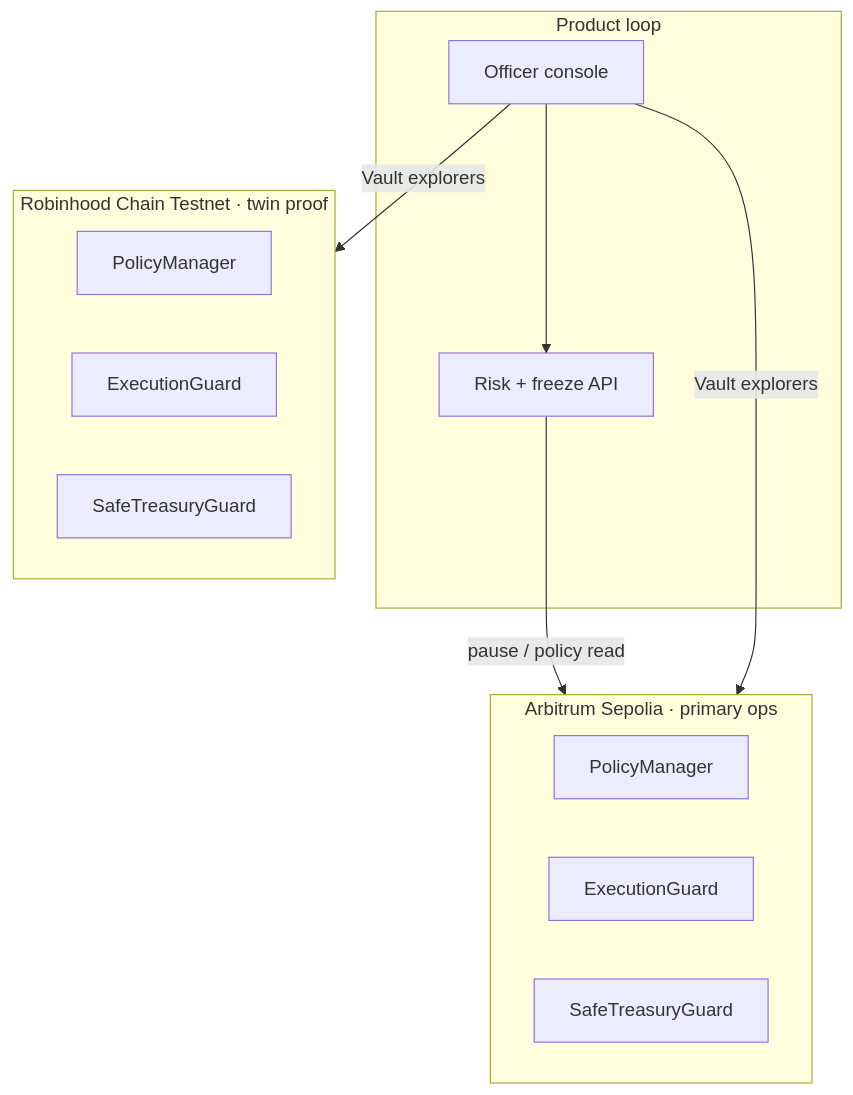
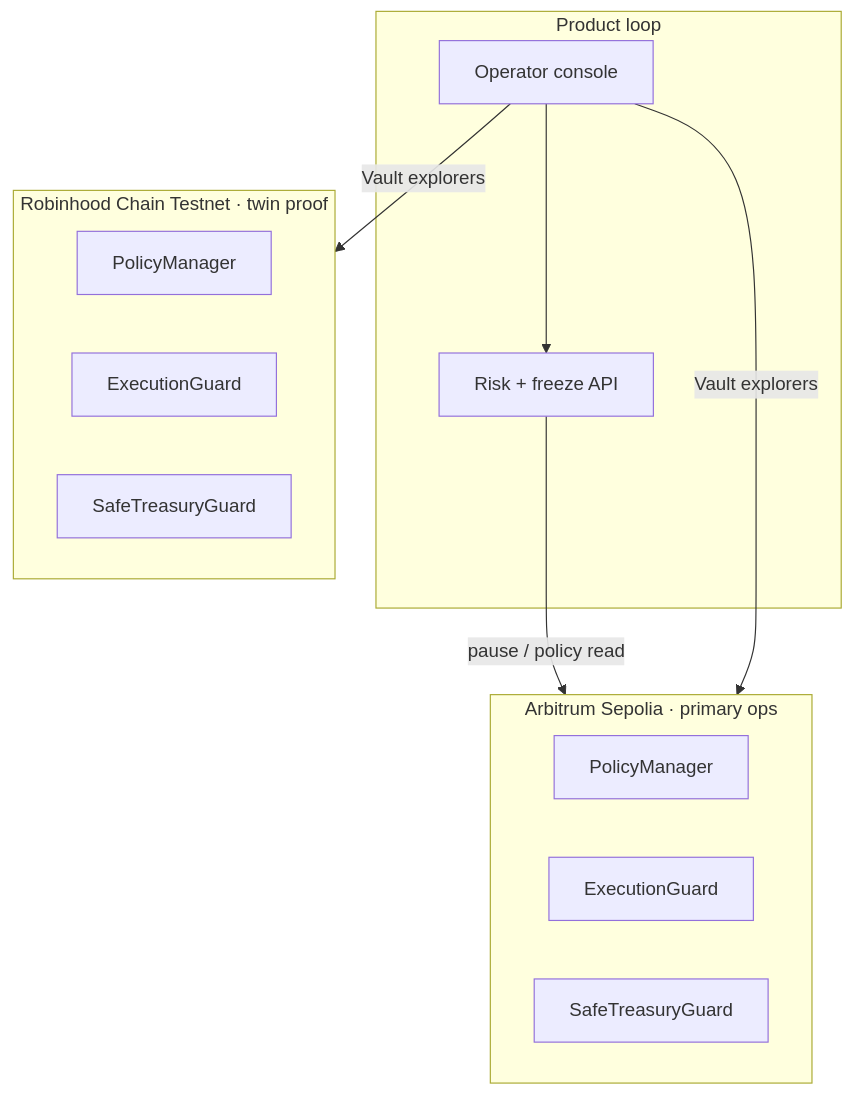
One commit to thesithunyein/arb-guardian changed the sixth of 7 diagrams in docs/architecture.md. Above: the diagram before and after it, drawn with Mermaid. The commit also changed other lines of this file and 12 other files, not shown here.

````diff
--- a/docs/architecture.md
+++ b/docs/architecture.md
@@ -202,24 +202,24 @@
 ```mermaid
 flowchart TB
   subgraph Product["Product loop"]
-    UI[Officer console]
+    UI[Operator console]
     API[Risk + freeze API]
   end
 
   subgraph Arb["Arbitrum Sepolia · primary ops"]
     APM[PolicyManager]
     AEG[ExecutionGuard]
     ASTG[SafeTreasuryGuard]
   end
 
   subgraph RH["Robinhood Chain Testnet · twin proof"]
     RPM[PolicyManager]
     REG[ExecutionGuard]
     RSTG[SafeTreasuryGuard]
   end
 
   UI --> API
   API -->|pause / policy read| Arb
   UI -->|Vault explorers| Arb
   UI -->|Vault explorers| RH
 ```
````
